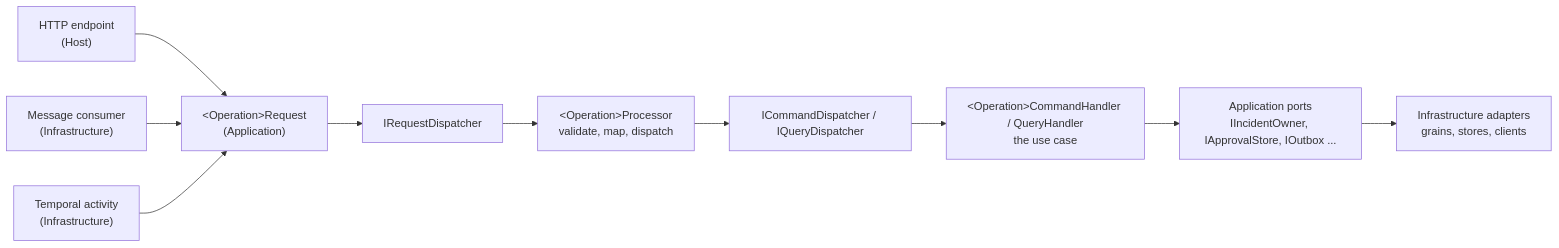
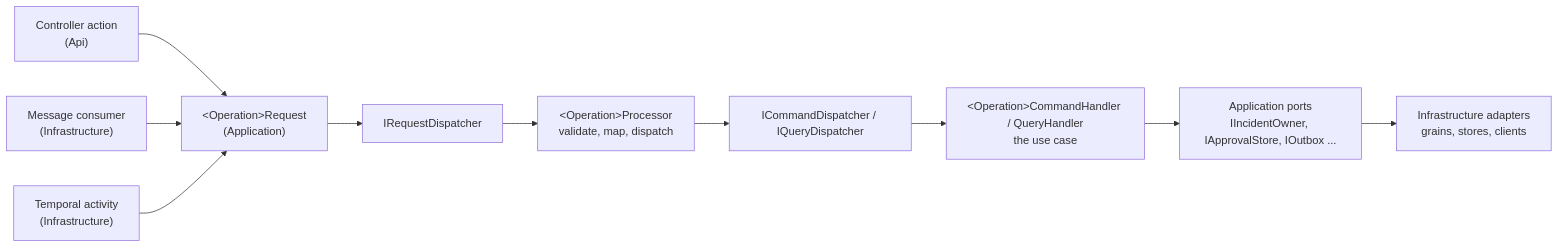
One commit to Psingle20/Sentinel changed the diagram in docs/architecture/application-composition-and-cqrs.md. Above: the diagram before and after it, drawn with Mermaid. The commit also changed other lines of this file and 4 other files, not shown here.

First line of the commit message:
docs(architecture): revise the composition guide before the first slice

````diff
--- a/docs/architecture/application-composition-and-cqrs.md
+++ b/docs/architecture/application-composition-and-cqrs.md
@@ -37,12 +37,12 @@
 ```mermaid
 flowchart LR
-    http["HTTP endpoint<br/>(Host)"] --> req["&lt;Operation&gt;Request<br/>(Application)"]
+    http["Controller action<br/>(Api)"] --> req["&lt;Operation&gt;Request<br/>(Application)"]
     msg["Message consumer<br/>(Infrastructure)"] --> req
     activity["Temporal activity<br/>(Infrastructure)"] --> req
     req --> rd["IRequestDispatcher"]
     rd --> proc["&lt;Operation&gt;Processor<br/>validate, map, dispatch"]
     proc --> cd["ICommandDispatcher / IQueryDispatcher"]
     cd --> h["&lt;Operation&gt;CommandHandler / QueryHandler<br/>the use case"]
     h --> ports["Application ports<br/>IIncidentOwner, IApprovalStore, IOutbox ..."]
     ports --> infra["Infrastructure adapters<br/>grains, stores, clients"]
 ```
````
